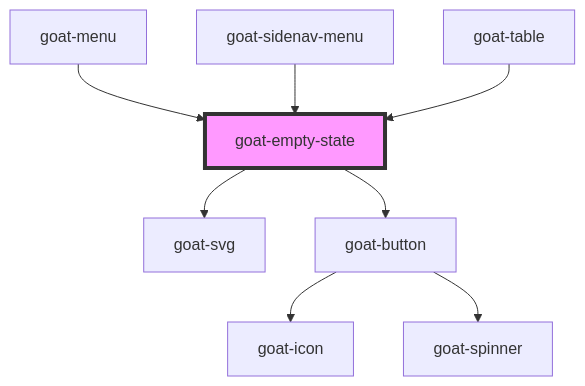
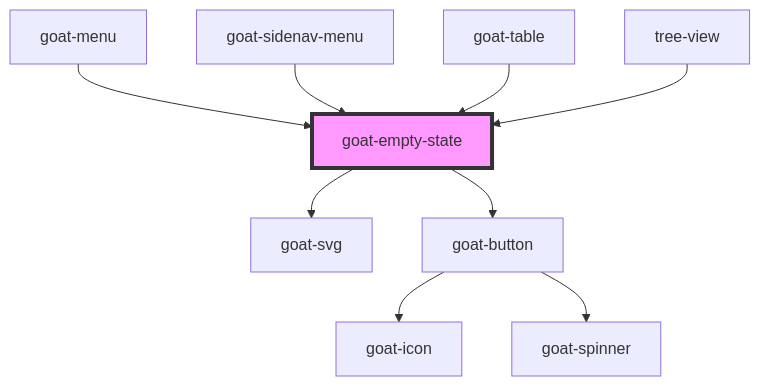
The diagram in src/components/content/empty-state/readme.md (goatui/components), drawn with Mermaid before and after one commit. The commit also changed other lines of this file and 36 other files, not shown here.

````diff
--- a/src/components/content/empty-state/readme.md
+++ b/src/components/content/empty-state/readme.md
@@ -35,11 +36,12 @@
 ```mermaid
 graph TD;
   goat-empty-state --> goat-svg
   goat-empty-state --> goat-button
   goat-button --> goat-icon
   goat-button --> goat-spinner
   goat-menu --> goat-empty-state
   goat-sidenav-menu --> goat-empty-state
   goat-table --> goat-empty-state
+  tree-view --> goat-empty-state
   style goat-empty-state fill:#f9f,stroke:#333,stroke-width:4px
 ```
````
